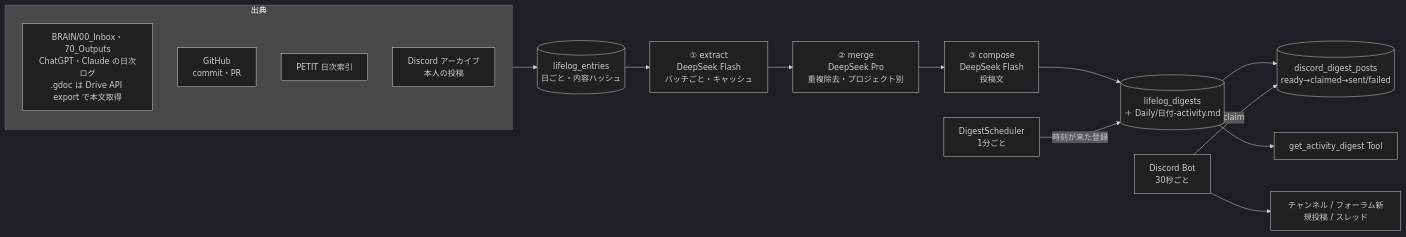
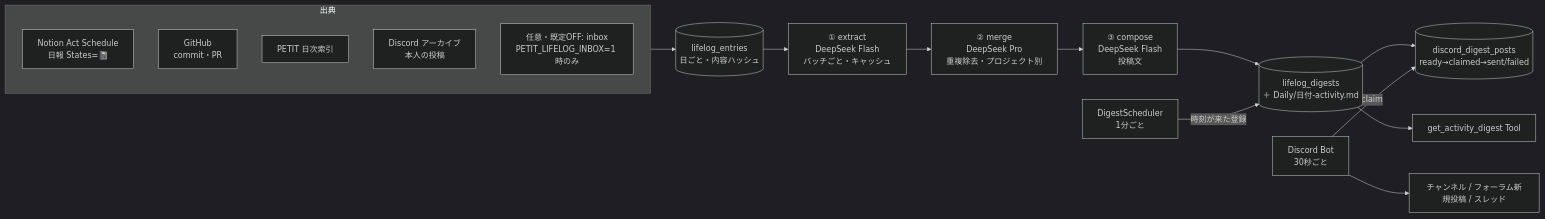
One commit to Soso2e/PETIT changed the diagram in docs/life/activity-digest.md. Above: the diagram before and after it, drawn with Mermaid (dark theme). The commit also changed other lines of this file and 10 other files, not shown here.

Commit message:
feat(lifelog): Google DriveのBRAIN(inbox)を既定無効化しプレビューの取り込みの注意欄を削除 (v0.81.14)

````diff
--- a/docs/life/activity-digest.md
+++ b/docs/life/activity-digest.md
@@ -17,19 +17,20 @@
 ```mermaid
 flowchart LR
     subgraph Sources[出典]
-        Inbox[BRAIN/00_Inbox・70_Outputs<br/>ChatGPT・Claude の日次ログ<br/>.gdoc は Drive API export で本文取得]
+        Notion[Notion Act Schedule<br/>日報 States=📓]
         GH[GitHub<br/>commit・PR]
         Petit[PETIT 日次索引]
         DA[Discord アーカイブ<br/>本人の投稿]
+        Inbox[任意・既定OFF: inbox<br/>PETIT_LIFELOG_INBOX=1 時のみ]
     end
     Sources --> Entries[(lifelog_entries<br/>日ごと・内容ハッシュ)]
     Entries --> S1[① extract<br/>DeepSeek Flash<br/>バッチごと・キャッシュ]
     S1 --> S2[② merge<br/>DeepSeek Pro<br/>重複除去・プロジェクト別]
     S2 --> S3[③ compose<br/>DeepSeek Flash<br/>投稿文]
     S3 --> Digest[(lifelog_digests<br/>＋ Daily/日付-activity.md)]
     Sched[DigestScheduler<br/>1分ごと] -->|時刻が来た登録| Digest
     Digest --> Queue[(discord_digest_posts<br/>ready→claimed→sent/failed)]
     Bot[Discord Bot<br/>30秒ごと] -->|claim| Queue
     Bot --> Ch[チャンネル / フォーラム新規投稿 / スレッド]
     Digest --> Tool[get_activity_digest Tool]
 ```
````
